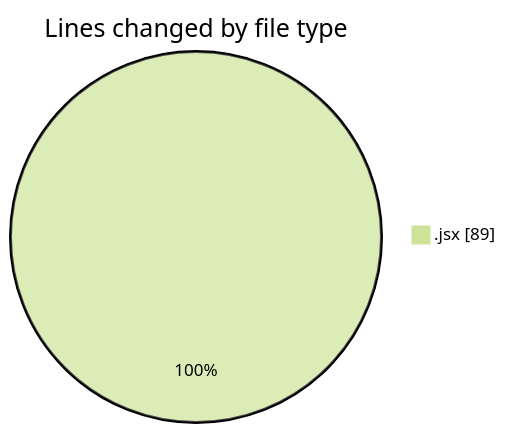
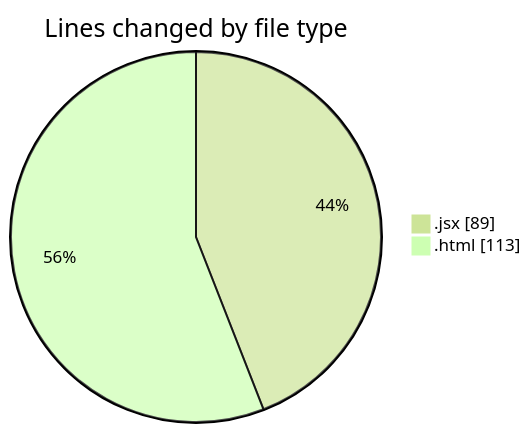
The first of 2 diagrams in 2025-02-28/chatgpt-blog/README.md (robertbonfada/code-tracking), drawn with Mermaid (forest theme) before and after one commit. The commit also changed other lines of this file and 1 other file, not shown here.

````diff
--- a/2025-02-28/chatgpt-blog/README.md
+++ b/2025-02-28/chatgpt-blog/README.md
@@ -20,5 +21,6 @@
 ```mermaid
 pie showData
 title Lines changed by file type
 ".jsx" : 89
+".html" : 113
 ```
````
